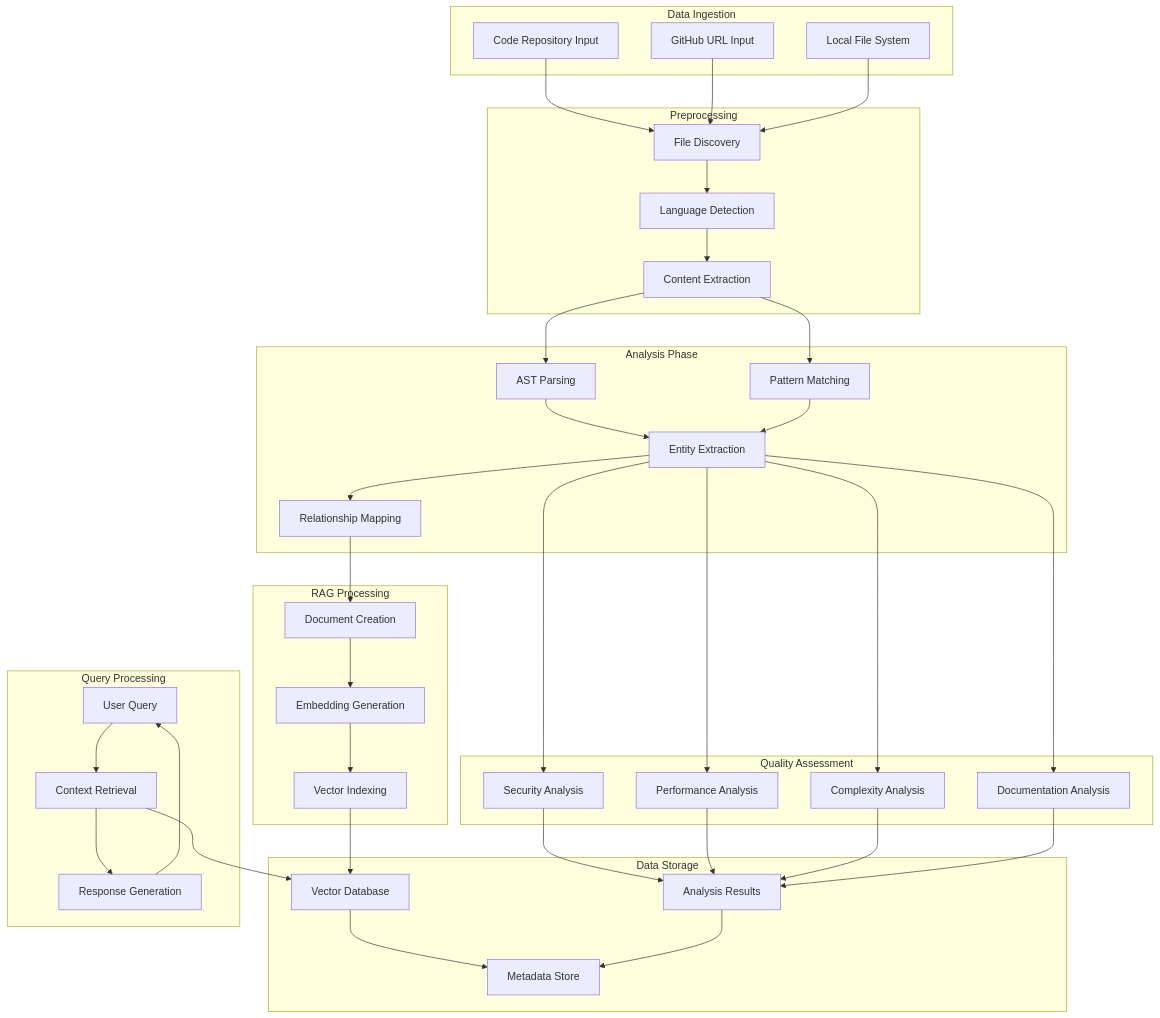
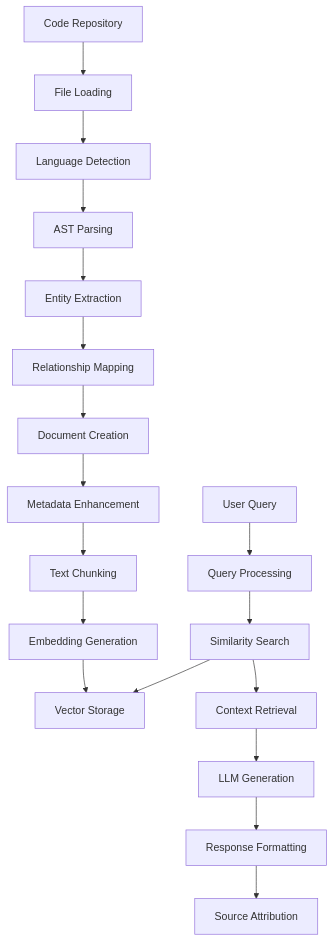
The third of 3 diagrams in PROJECT_ARCHITECTURE.md (Amrithesh-Kakkoth/CodeAnalyzer_Pro), drawn with Mermaid before and after one commit. The commit also changed other lines of this file and 6 other files, not shown here.

````diff
--- a/PROJECT_ARCHITECTURE.md
+++ b/PROJECT_ARCHITECTURE.md
@@ -381,82 +371,24 @@
 ```mermaid
 flowchart TD
-    subgraph "Data Ingestion"
-        A[Code Repository Input]
-        B[GitHub URL Input]
-        C[Local File System]
-    end
+    A[Code Repository] --> B[File Loading]
+    B --> C[Language Detection]
+    C --> D[AST Parsing]
+    D --> E[Entity Extraction]
+    E --> F[Relationship Mapping]
     
-    subgraph "Preprocessing"
-        D[File Discovery]
-        E[Language Detection]
-        F[Content Extraction]
-    end
+    F --> G[Document Creation]
+    G --> H[Metadata Enhancement]
+    H --> I[Text Chunking]
     
-    subgraph "Analysis Phase"
-        G[AST Parsing]
-        H[Pattern Matching]
-        I[Entity Extraction]
-        J[Relationship Mapping]
-    end
+    I --> J[Embedding Generation]
+    J --> K[Vector Storage]
     
-    subgraph "Quality Assessment"
-        K[Security Analysis]
-        L[Performance Analysis]
-        M[Complexity Analysis]
-        N[Documentation Analysis]
-    end
+    L[User Query] --> M[Query Processing]
+    M --> N[Similarity Search]
+    N --> K
+    N --> O[Context Retrieval]
     
-    subgraph "Data Storage"
-        O[Vector Database]
-        P[Metadata Store]
-        Q[Analysis Results]
-    end
-    
-    subgraph "RAG Processing"
-        R[Document Creation]
-        S[Embedding Generation]
-        T[Vector Indexing]
-    end
-    
-    subgraph "Query Processing"
-        U[User Query]
-        V[Context Retrieval]
-        W[Response Generation]
-    end
-    
-    A --> D
-    B --> D
-    C --> D
-    
-    D --> E
-    E --> F
-    
-    F --> G
-    F --> H
-    G --> I
-    H --> I
-    I --> J
-    
-    I --> K
-    I --> L
-    I --> M
-    I --> N
-    
-    J --> R
-    R --> S
-    S --> T
-    T --> O
-    
-    K --> Q
-    L --> Q
-    M --> Q
-    N --> Q
-    
-    O --> P
-    Q --> P
-    
-    U --> V
-    V --> O
-    V --> W
-    W --> U
+    O --> P[LLM Generation]
+    P --> Q[Response Formatting]
+    Q --> R[Source Attribution]
 ```
````
